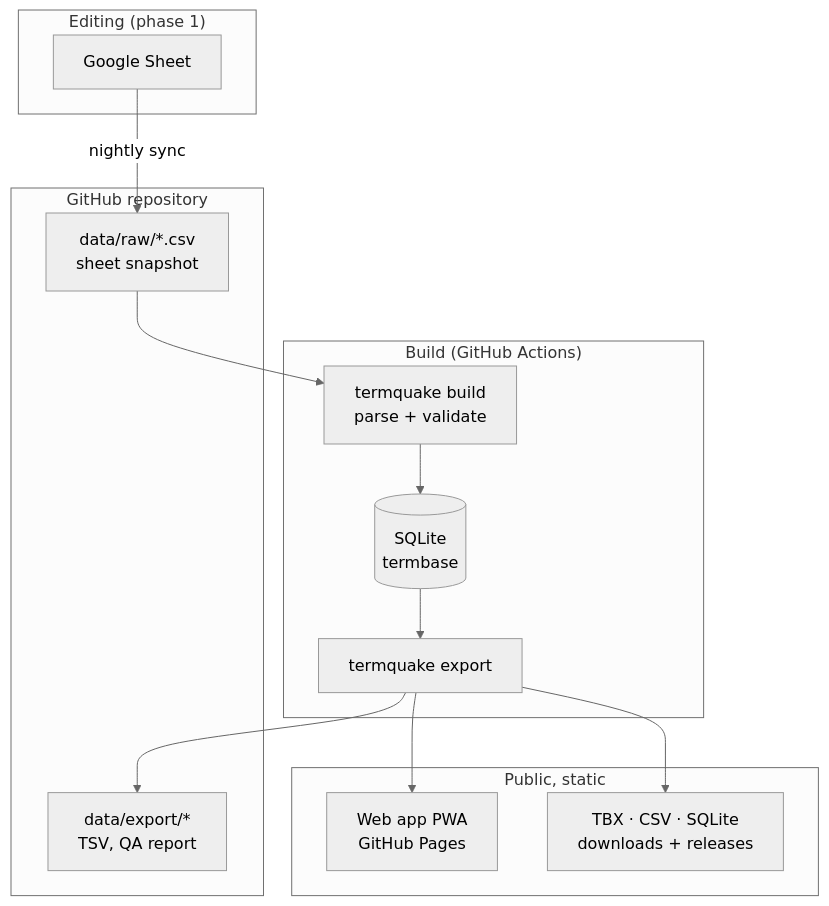
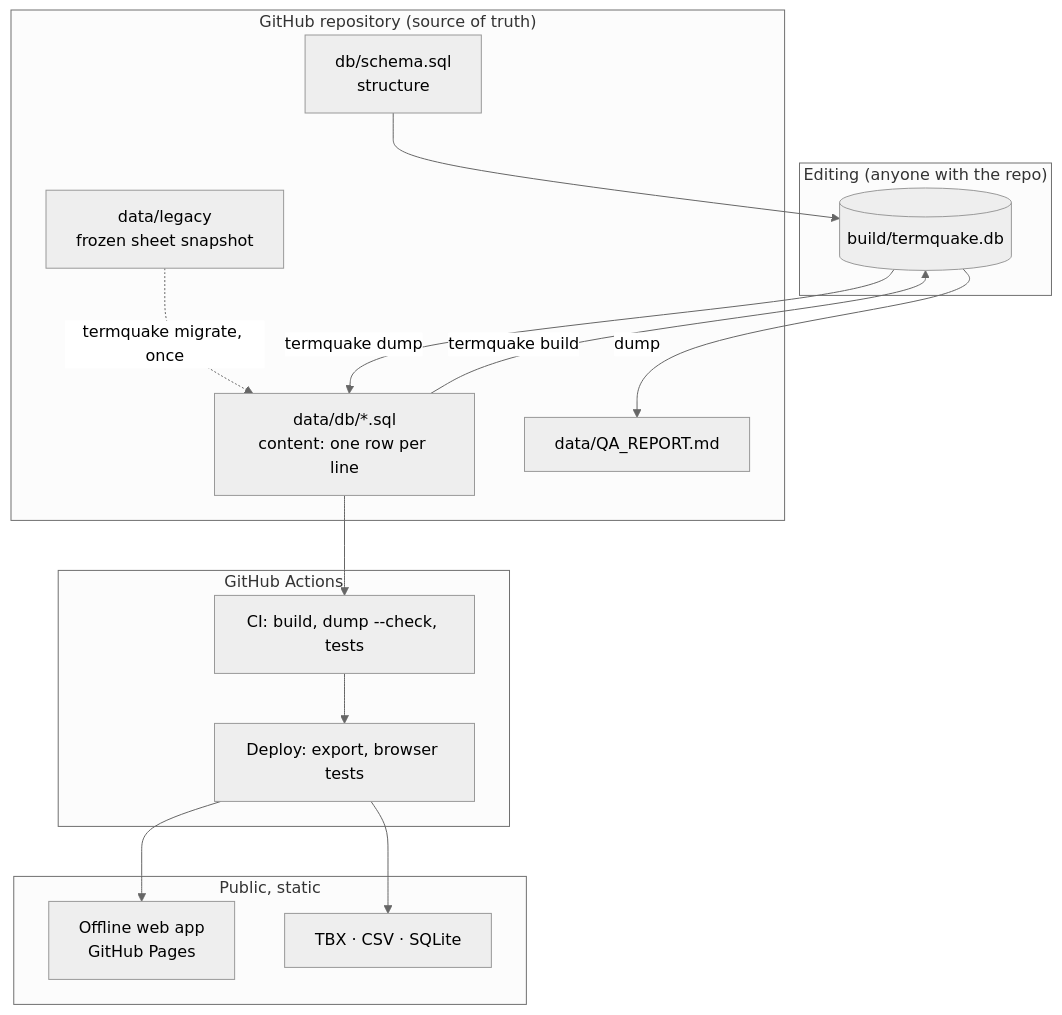
Before and after one commit to ysfztpp/TermQuake: the diagram in docs/ARCHITECTURE.md, drawn with Mermaid (neutral theme). The commit also changed other lines of this file and 9 other files, not shown here.

````diff
--- a/docs/ARCHITECTURE.md
+++ b/docs/ARCHITECTURE.md
@@ -22,23 +22,27 @@
 ```mermaid
 flowchart TB
-  subgraph Editing["Editing (phase 1)"]
-    S[Google Sheet]
+  subgraph Repo["GitHub repository (source of truth)"]
+    S[db/schema.sql<br/>structure]
+    D[data/db/*.sql<br/>content: one row per line]
+    Q[data/QA_REPORT.md]
+    L[data/legacy<br/>frozen sheet snapshot]
   end
-  subgraph Repo["GitHub repository"]
-    R[data/raw/*.csv<br/>sheet snapshot]
-    X[data/export/*<br/>TSV, QA report]
+  subgraph Local["Editing (anyone with the repo)"]
+    B[(build/termquake.db)]
   end
-  subgraph Build["Build (GitHub Actions)"]
-    P[termquake build<br/>parse + validate]
-    D[(SQLite<br/>termbase)]
-    E[termquake export]
+  subgraph CI["GitHub Actions"]
+    C[CI: build, dump --check, tests]
+    P[Deploy: export, browser tests]
   end
   subgraph Public["Public, static"]
-    W[Web app PWA<br/>GitHub Pages]
-    DL[TBX · CSV · SQLite<br/>downloads + releases]
+    W[Offline web app<br/>GitHub Pages]
+    DL[TBX · CSV · SQLite]
   end
-  S -- nightly sync --> R --> P --> D --> E
-  E --> X
-  E --> W
-  E --> DL
+  L -. termquake migrate, once .-> D
+  S --> B
+  D -- termquake build --> B
+  B -- termquake dump --> D
+  B -- dump --> Q
+  D --> C --> P --> W
+  P --> DL
 ```
````
